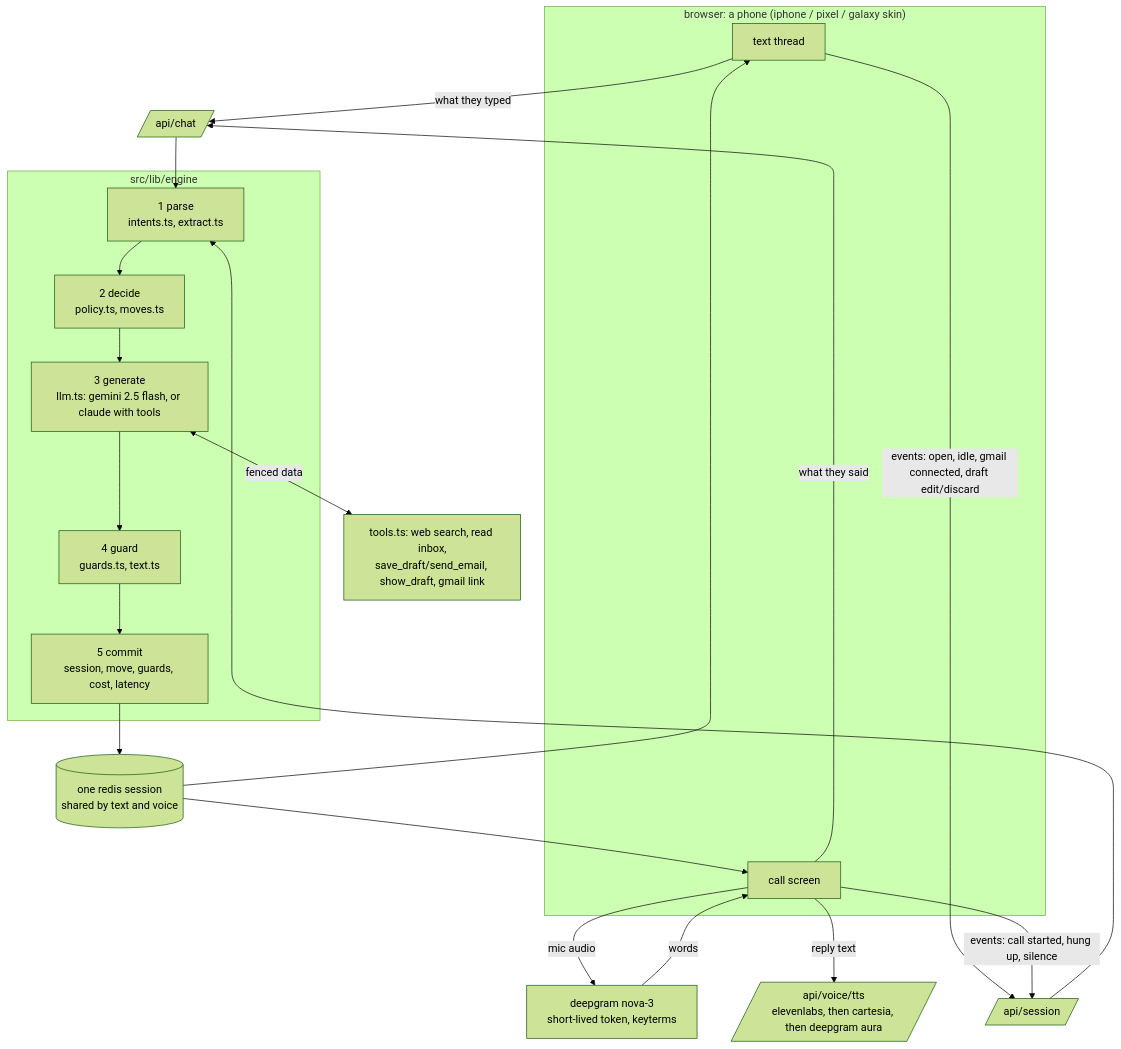
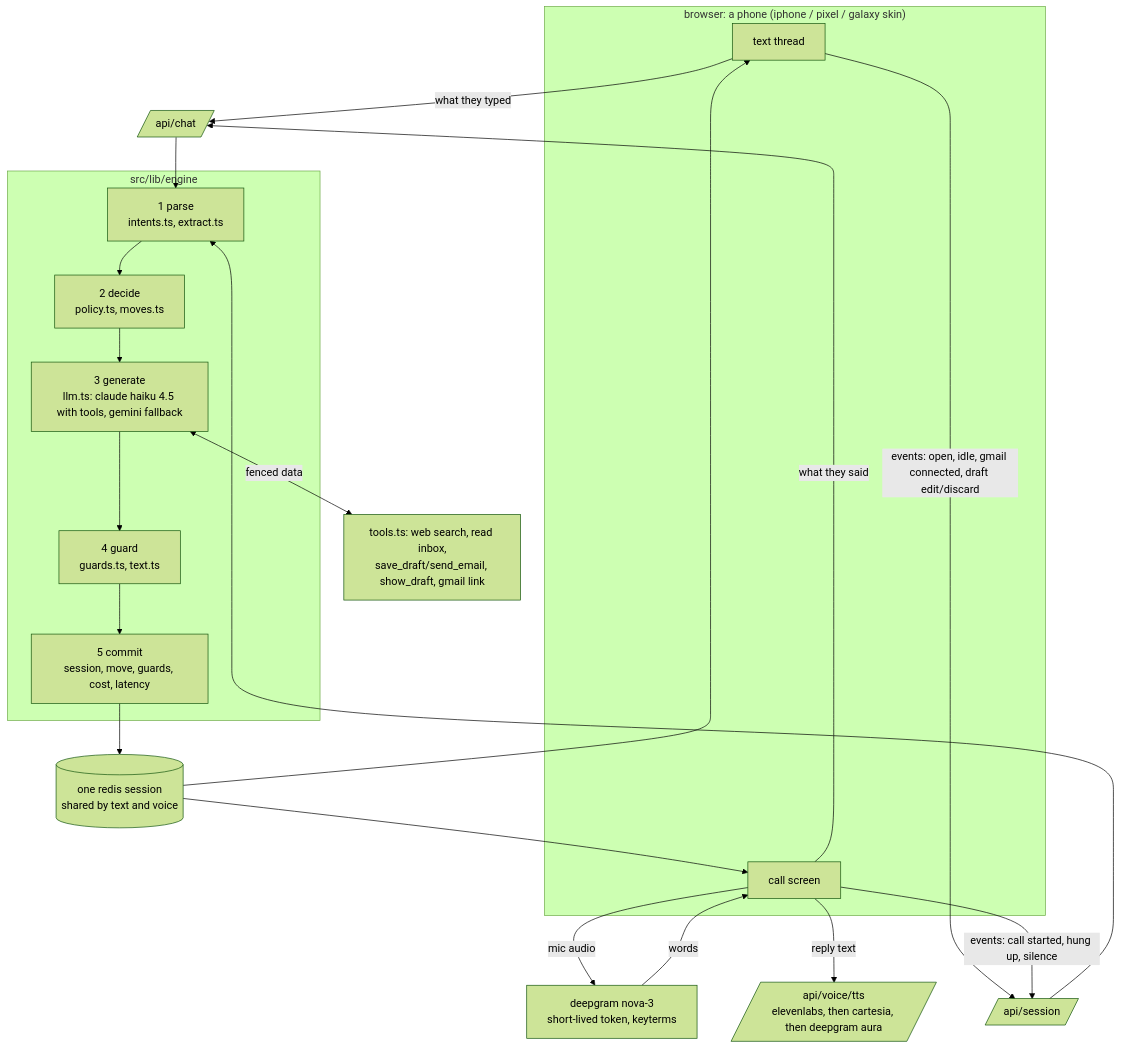
The diagram in docs/architecture.md (KrishP147/persona-onboarding), drawn with Mermaid (forest theme) before and after one commit. The commit also changed other lines of this file and 3 other files, not shown here.

Commit message:
final pass: merge draft card + composer + know-card rules and docs refresh; correct docs (prod runs claude haiku 4.5, cli deploy), draft card now live in docs and loom script

````diff
--- a/docs/architecture.md
+++ b/docs/architecture.md
@@ -9,26 +9,26 @@
 ```mermaid
 flowchart TD
   subgraph browser["browser: a phone (iphone / pixel / galaxy skin)"]
     T[text thread]
     C[call screen]
   end
   C -- mic audio --> DG[deepgram nova-3<br/>short-lived token, keyterms]
   DG -- words --> C
   C -- reply text --> TTS[/api/voice/tts<br/>elevenlabs, then cartesia, then deepgram aura/]
   T -- what they typed --> CHAT[/api/chat/]
   C -- what they said --> CHAT
   T -- events: open, idle, gmail connected, draft edit/discard --> EV[/api/session/]
   C -- events: call started, hung up, silence --> EV
   CHAT --> TURN
   EV --> TURN
   subgraph engine["src/lib/engine"]
     TURN[1 parse<br/>intents.ts, extract.ts] --> DECIDE[2 decide<br/>policy.ts, moves.ts]
-    DECIDE --> GEN[3 generate<br/>llm.ts: gemini 2.5 flash, or claude with tools]
+    DECIDE --> GEN[3 generate<br/>llm.ts: claude haiku 4.5 with tools, gemini fallback]
     GEN --> GUARD[4 guard<br/>guards.ts, text.ts]
     GUARD --> COMMIT[5 commit<br/>session, move, guards, cost, latency]
   end
   GEN <-- fenced data --> TOOLS[tools.ts: web search, read inbox,<br/>save_draft/send_email, show_draft, gmail link]
   COMMIT --> R[(one redis session<br/>shared by text and voice)]
   R --> T
   R --> C
 ```
````
